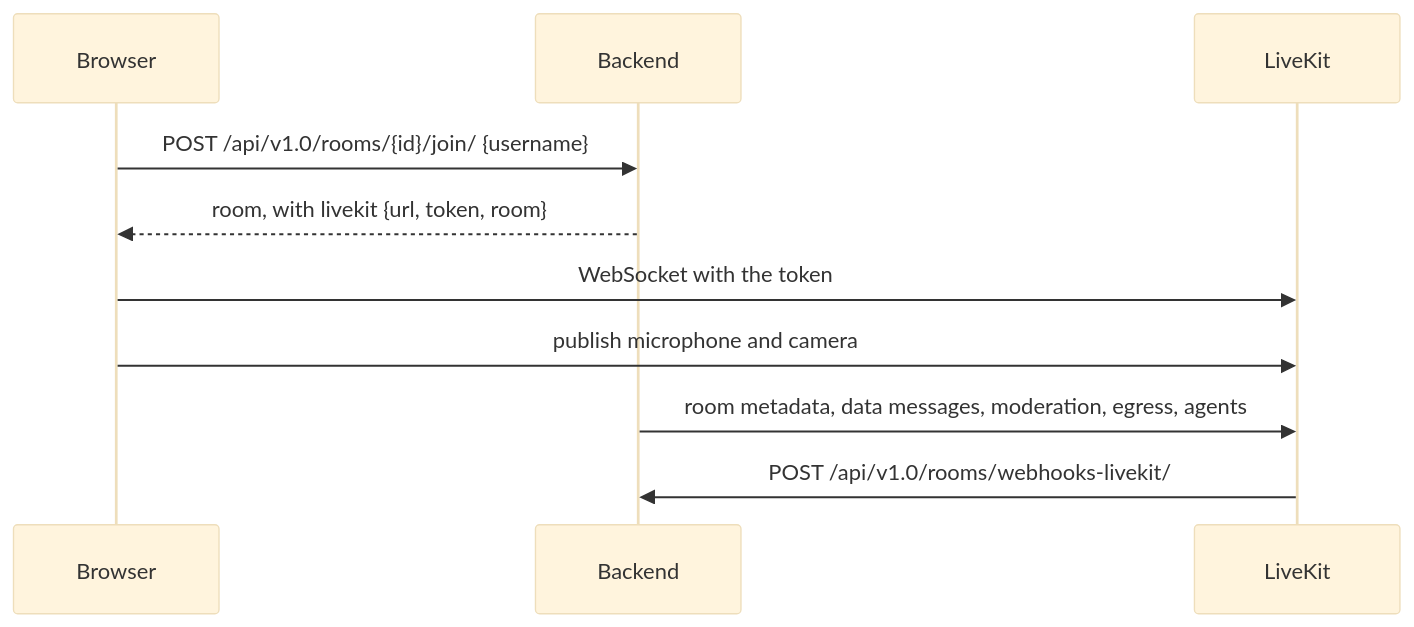
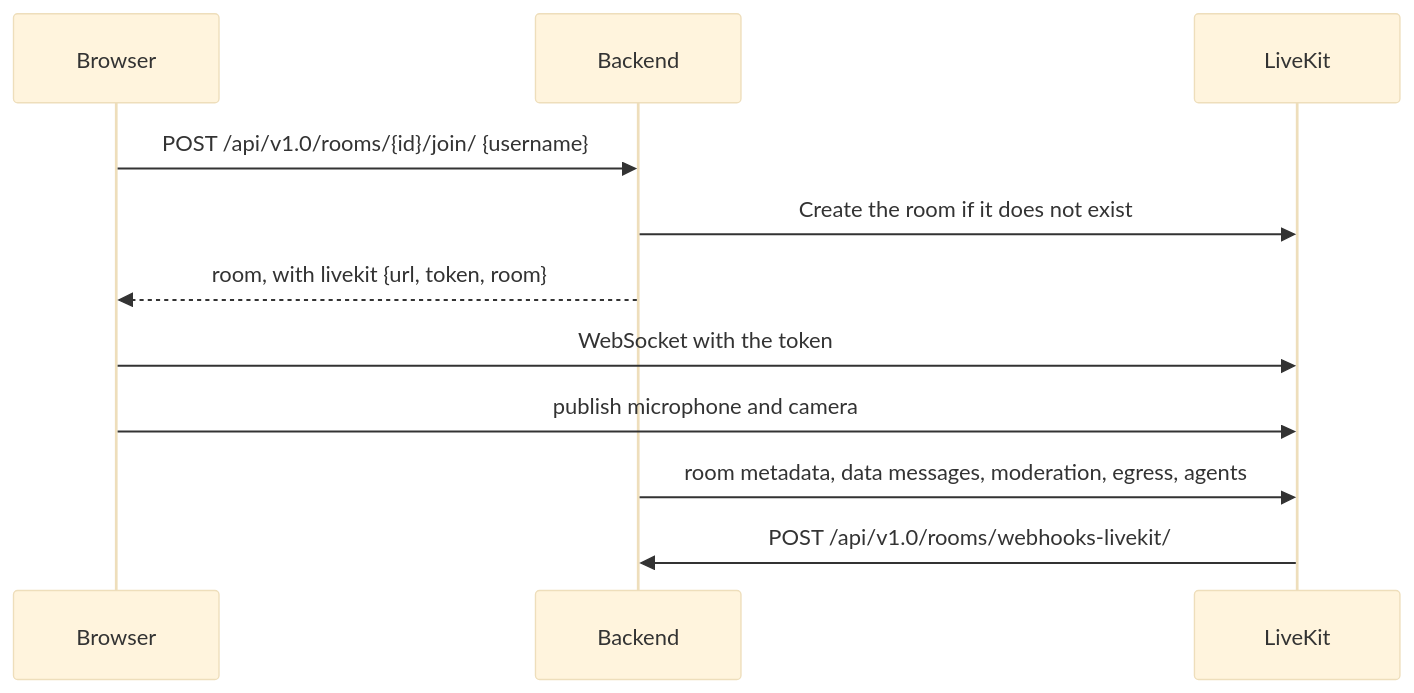
The diagram in docs/contributing/code-tour.md (suitenumerique/meet), drawn with Mermaid (base theme) before and after one commit. The commit also changed other lines of this file and 18 other files, not shown here.

First line of the commit message:
✨(backend) create LiveKit rooms before handing out join tokens

````diff
--- a/docs/contributing/code-tour.md
+++ b/docs/contributing/code-tour.md
@@ -143,13 +145,14 @@
 ```mermaid
 sequenceDiagram
     participant Browser
     participant Backend
     participant LiveKit
 
     Browser->>Backend: POST /api/v1.0/rooms/{id}/join/ {username}
+    Backend->>LiveKit: Create the room if it does not exist
     Backend-->>Browser: room, with livekit {url, token, room}
     Browser->>LiveKit: WebSocket with the token
     Browser->>LiveKit: publish microphone and camera
     Backend->>LiveKit: room metadata, data messages, moderation, egress, agents
     LiveKit->>Backend: POST /api/v1.0/rooms/webhooks-livekit/
 ```
````
